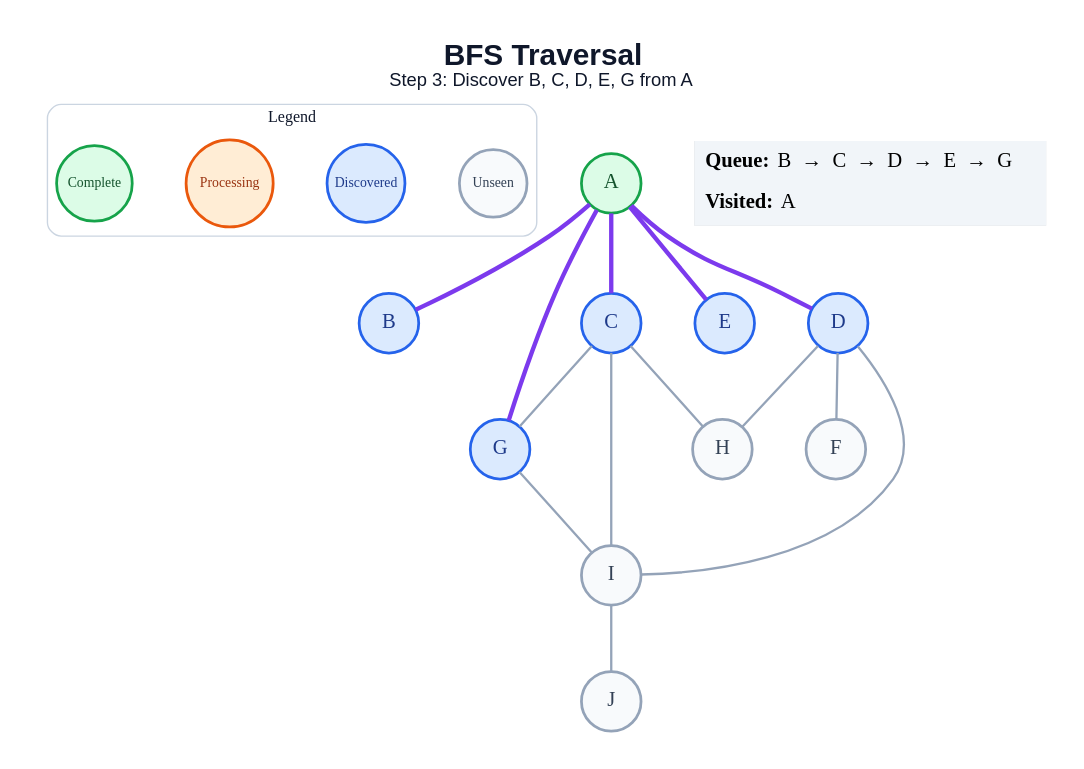
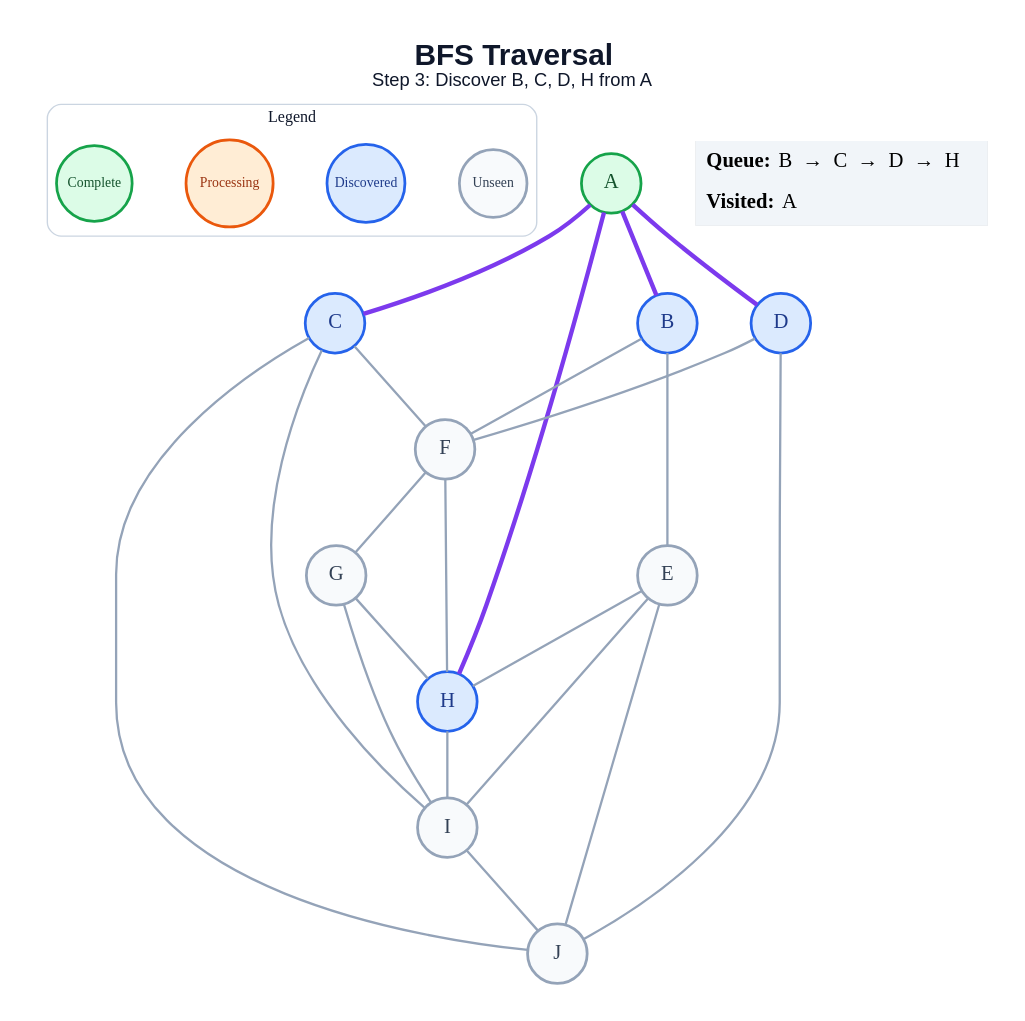
One commit to amanghodawala9/ai-slop changed the diagram in generated/bfs/step_03.dot. Above: the diagram before and after it, drawn with Graphviz. The commit also changed 178 other files, not shown here.

```diff
--- a/generated/bfs/step_03.dot
+++ b/generated/bfs/step_03.dot
@@ -1,42 +1,49 @@
 graph traversal {
   graph [layout=dot, rankdir=TB, bgcolor="#FFFFFF", pad="0.35", nodesep="0.65", ranksep="0.8", fontname="Arial"];
   node [shape=circle, style="filled", fontname="Arial Bold", fontsize=18, width=0.72, fixedsize=true, penwidth=2.4];
   edge [color="#94A3B8", penwidth=2.0];
-  label=<<B>BFS Traversal</B><BR/><FONT POINT-SIZE="16">Step 3: Discover B, C, D, E, G from A</FONT>>; labelloc="t"; fontsize=26; fontname="Arial"; fontcolor="#0F172A";
+  label=<<B>BFS Traversal</B><BR/><FONT POINT-SIZE="16">Step 3: Discover B, C, D, H from A</FONT>>; labelloc="t"; fontsize=26; fontname="Arial"; fontcolor="#0F172A";
   subgraph cluster_legend { label="Legend"; color="#CBD5E1"; penwidth=1.2; style="rounded"; fontsize=14; fontname="Arial Bold";
     key_unseen [label="Unseen", fillcolor="#F8FAFC", color="#94A3B8", fontcolor="#334155", fontsize=12, width=0.82];
     key_frontier [label="Discovered", fillcolor="#DBEAFE", color="#2563EB", fontcolor="#1E3A8A", fontsize=12, width=0.95];
     key_current [label="Processing", fillcolor="#FFEDD5", color="#EA580C", fontcolor="#9A3412", fontsize=12, width=1.05];
     key_done [label="Complete", fillcolor="#DCFCE7", color="#16A34A", fontcolor="#14532D", fontsize=12, width=0.92];
     { rank=same; key_unseen; key_frontier; key_current; key_done; }
   }
   A [fillcolor="#DCFCE7", color="#16A34A", fontcolor="#14532D"];
   B [fillcolor="#DBEAFE", color="#2563EB", fontcolor="#1E3A8A"];
   C [fillcolor="#DBEAFE", color="#2563EB", fontcolor="#1E3A8A"];
   D [fillcolor="#DBEAFE", color="#2563EB", fontcolor="#1E3A8A"];
-  E [fillcolor="#DBEAFE", color="#2563EB", fontcolor="#1E3A8A"];
+  E [fillcolor="#F8FAFC", color="#94A3B8", fontcolor="#334155"];
   F [fillcolor="#F8FAFC", color="#94A3B8", fontcolor="#334155"];
-  G [fillcolor="#DBEAFE", color="#2563EB", fontcolor="#1E3A8A"];
-  H [fillcolor="#F8FAFC", color="#94A3B8", fontcolor="#334155"];
+  G [fillcolor="#F8FAFC", color="#94A3B8", fontcolor="#334155"];
+  H [fillcolor="#DBEAFE", color="#2563EB", fontcolor="#1E3A8A"];
   I [fillcolor="#F8FAFC", color="#94A3B8", fontcolor="#334155"];
   J [fillcolor="#F8FAFC", color="#94A3B8", fontcolor="#334155"];
   A -- B [color="#7C3AED", penwidth=3.8];
   A -- C [color="#7C3AED", penwidth=3.8];
   A -- D [color="#7C3AED", penwidth=3.8];
-  A -- E [color="#7C3AED", penwidth=3.8];
-  A -- G [color="#7C3AED", penwidth=3.8];
-  C -- G;
-  C -- H;
+  A -- H [color="#7C3AED", penwidth=3.8];
+  B -- E;
+  B -- F;
+  C -- F;
   C -- I;
+  C -- J;
   D -- F;
-  D -- H;
-  D -- I;
+  D -- J;
+  E -- H;
+  E -- I;
+  E -- J;
+  F -- G;
+  F -- H;
+  G -- H;
   G -- I;
+  H -- I;
   I -- J;
   status [shape=plain, fixedsize=false, width=0, height=0, margin=0, label=<
     <TABLE BORDER="0" CELLBORDER="0" CELLPADDING="7" BGCOLOR="#F1F5F9">
-      <TR><TD ALIGN="LEFT"><B>Queue:</B> B  →  C  →  D  →  E  →  G</TD></TR>
+      <TR><TD ALIGN="LEFT"><B>Queue:</B> B  →  C  →  D  →  H</TD></TR>
       <TR><TD ALIGN="LEFT"><B>Visited:</B> A</TD></TR>
     </TABLE>
   >];
 }
```
